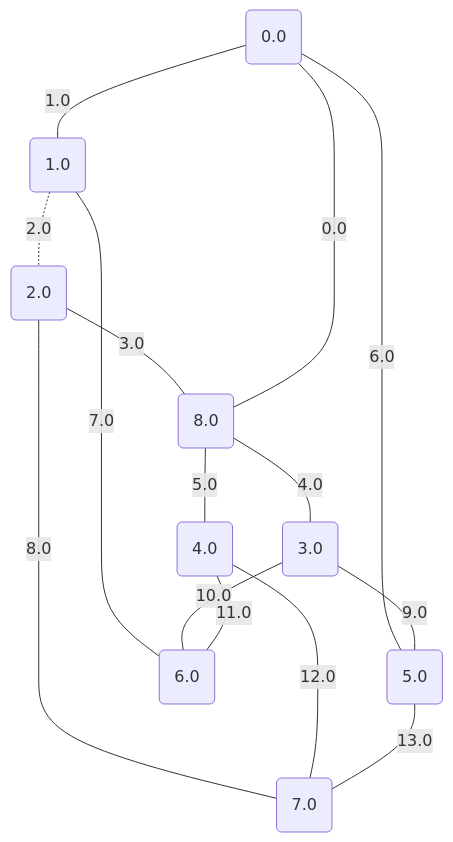
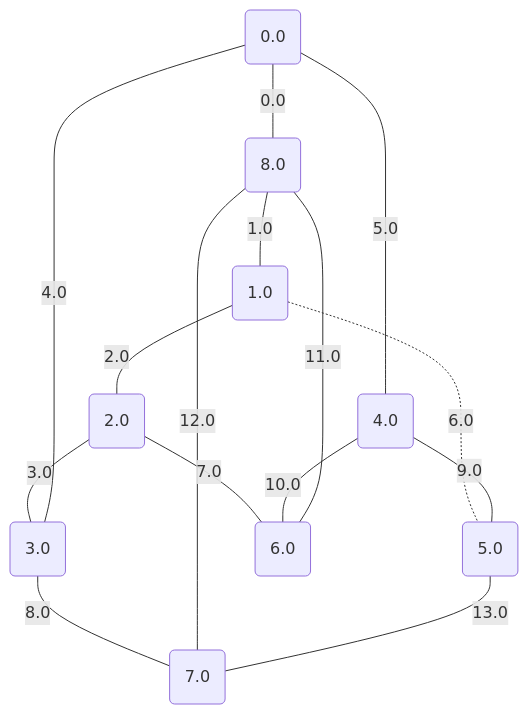
Before and after one commit to metury/graphs: the fourth of 17 diagrams in project/src/testing/minCutPetersen.md, drawn with Mermaid. The commit also changed other lines of this file and 52 other files, not shown here.

````diff
--- a/project/src/testing/minCutPetersen.md
+++ b/project/src/testing/minCutPetersen.md
@@ -106,26 +106,26 @@
 ```mermaid
 graph TD;
 0("0.0");
 1("1.0");
 2("2.0");
 3("3.0");
 4("4.0");
 5("5.0");
 6("6.0");
 7("7.0");
 8("8.0");
-	8 -- "0.0" --- 0;
-	0 -- "1.0" --- 1;
-	1 -. "2.0" -.- 2;
-	2 -- "3.0" --- 8;
-	8 -- "4.0" --- 3;
-	8 -- "5.0" --- 4;
-	0 -- "6.0" --- 5;
-	1 -- "7.0" --- 6;
-	2 -- "8.0" --- 7;
-	3 -- "9.0" --- 5;
-	3 -- "10.0" --- 6;
-	4 -- "11.0" --- 6;
-	4 -- "12.0" --- 7;
+	0 -- "0.0" --- 8;
+	8 -- "1.0" --- 1;
+	1 -- "2.0" --- 2;
+	2 -- "3.0" --- 3;
+	3 -- "4.0" --- 0;
+	0 -- "5.0" --- 4;
+	1 -. "6.0" -.- 5;
+	2 -- "7.0" --- 6;
+	3 -- "8.0" --- 7;
+	4 -- "9.0" --- 5;
+	4 -- "10.0" --- 6;
+	8 -- "11.0" --- 6;
+	8 -- "12.0" --- 7;
 	5 -- "13.0" --- 7;
 ```
````
